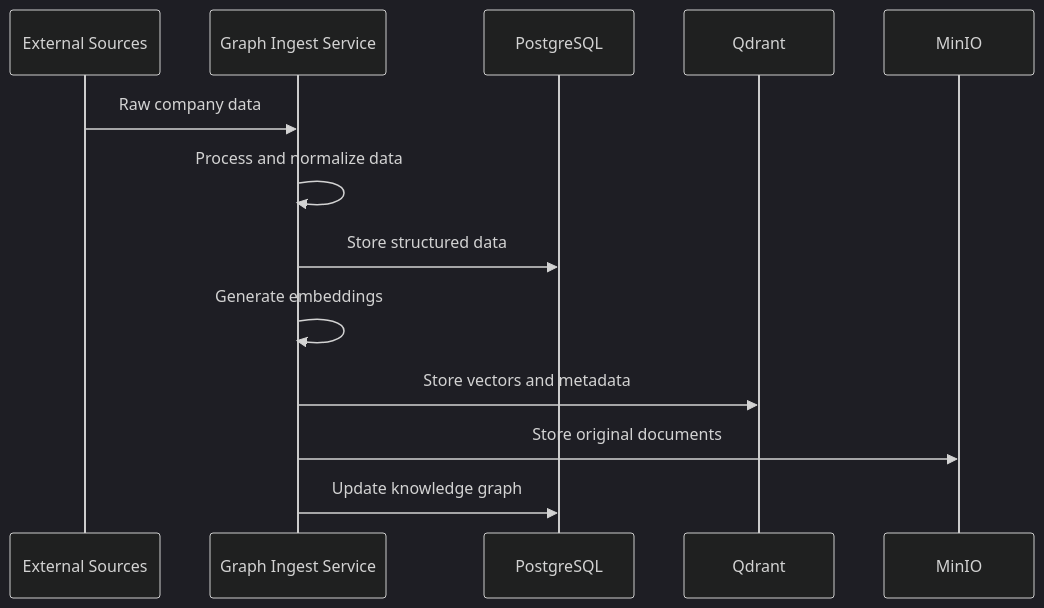
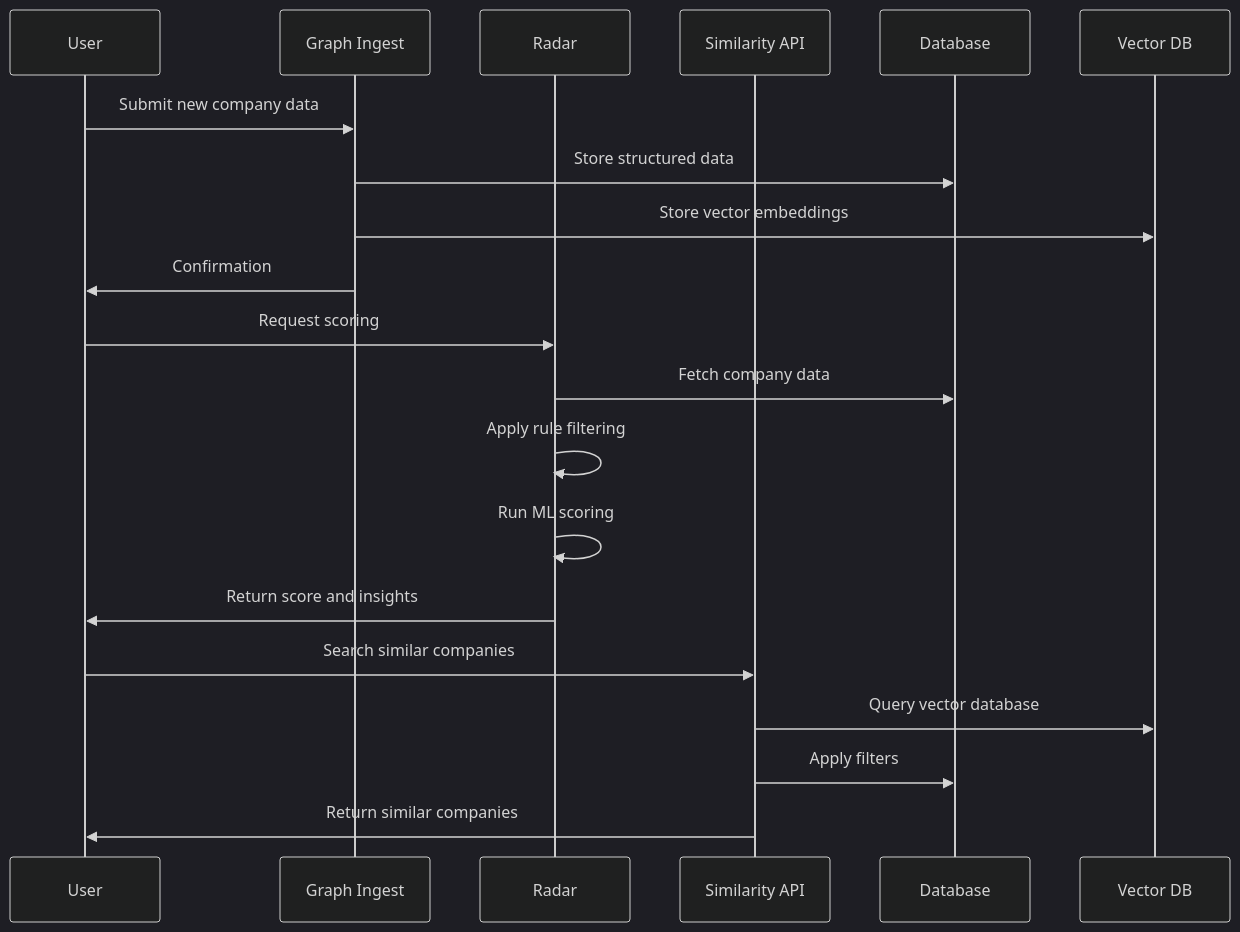
The ninth of 12 diagrams in docs/architecture.md (alywalji7/ai-vc), drawn with Mermaid (dark theme) before and after one commit. The commit also changed other lines of this file and 50 other files, not shown here.

First line of the commit message:
Add documentation server and improve graph data integration process

````diff
--- a/docs/architecture.md
+++ b/docs/architecture.md
@@ -92,16 +570,25 @@
 ```mermaid
 sequenceDiagram
-    participant External as External Sources
-    participant GI as Graph Ingest Service
-    participant DB as PostgreSQL
-    participant VEC as Qdrant
-    participant OBJ as MinIO
-
-    External->>GI: Raw company data
-    GI->>GI: Process and normalize data
+    participant User
+    participant GI as Graph Ingest
+    participant R as Radar
+    participant S as Similarity API
+    participant DB as Database
+    participant Vector as Vector DB
+    
+    User->>GI: Submit new company data
     GI->>DB: Store structured data
-    GI->>GI: Generate embeddings
-    GI->>VEC: Store vectors and metadata
-    GI->>OBJ: Store original documents
-    GI->>DB: Update knowledge graph
+    GI->>Vector: Store vector embeddings
+    GI->>User: Confirmation
+    
+    User->>R: Request scoring
+    R->>DB: Fetch company data
+    R->>R: Apply rule filtering
+    R->>R: Run ML scoring
+    R->>User: Return score and insights
+    
+    User->>S: Search similar companies
+    S->>Vector: Query vector database
+    S->>DB: Apply filters
+    S->>User: Return similar companies
 ```
````
